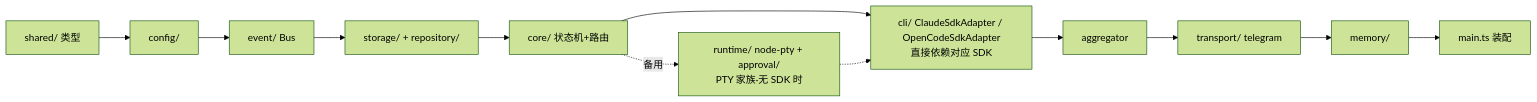
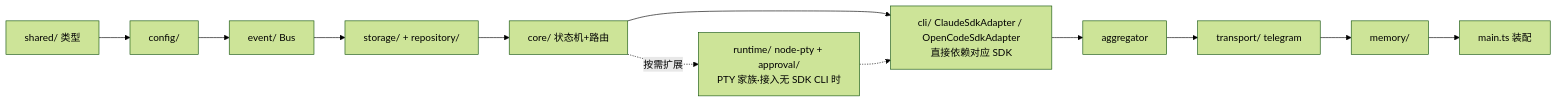
The first of 2 diagrams in docs/05-Implementation-Plan.md (ygq-future/ai-cli-hub), drawn with Mermaid (forest theme) before and after one commit. The commit also changed other lines of this file and 30 other files, not shown here.

````diff
--- a/docs/05-Implementation-Plan.md
+++ b/docs/05-Implementation-Plan.md
@@ -13,14 +13,14 @@
 ```mermaid
 flowchart LR
     A[shared/ 类型] --> B[config/]
     B --> C[event/ Bus]
     C --> D[storage/ + repository/]
     D --> E[core/ 状态机+路由]
     E --> F[cli/ ClaudeSdkAdapter / OpenCodeSdkAdapter<br/>直接依赖对应 SDK]
     F --> H[aggregator]
     H --> I[transport/ telegram]
     I --> J[memory/]
     J --> K[main.ts 装配]
-    E -.备用.-> P[runtime/ node-pty + approval/<br/>PTY 家族·无 SDK 时]
+    E -.按需扩展.-> P[runtime/ node-pty + approval/<br/>PTY 家族·接入无 SDK CLI 时]
     P -.-> F
 ```
````
